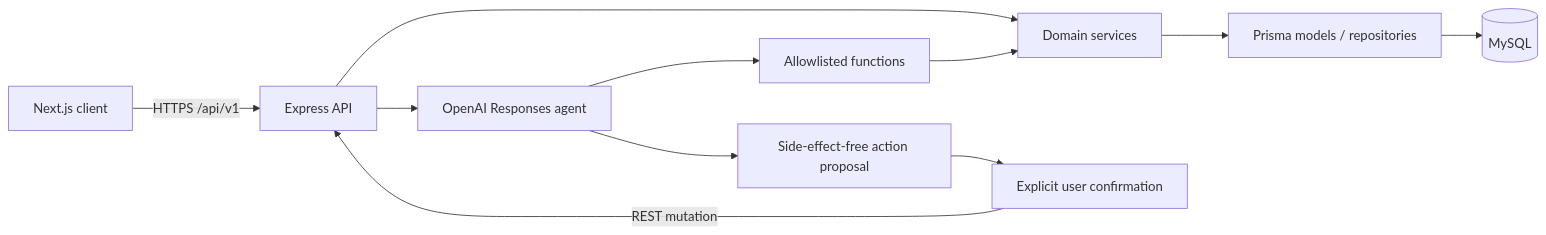
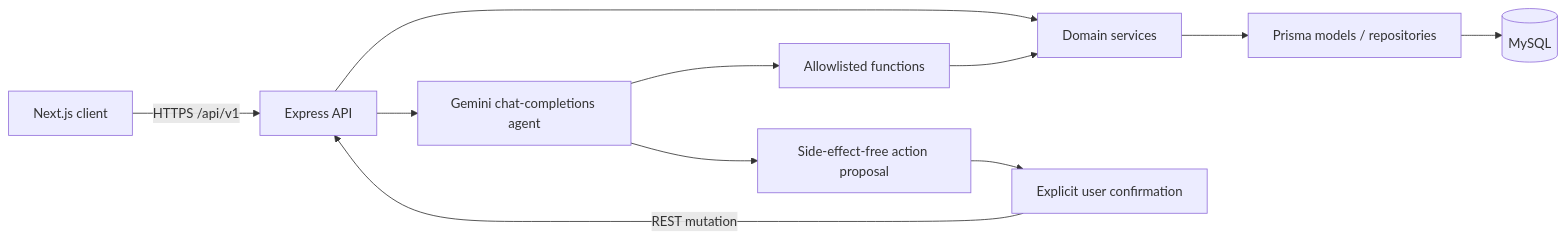
One commit to Turjo101365/CampusOS changed the diagram in docs/architecture.md. Above: the diagram before and after it, drawn with Mermaid. The commit also changed other lines of this file and 6 other files, not shown here.

First line of the commit message:
Migrate AI assistant from OpenAI to Gemini and log real agent errors

````diff
--- a/docs/architecture.md
+++ b/docs/architecture.md
@@ -9,13 +9,13 @@
 ```mermaid
 flowchart LR
   Browser[Next.js client] -->|HTTPS /api/v1| API[Express API]
   API --> Modules[Domain services]
-  Agent[OpenAI Responses agent] --> Tools[Allowlisted functions]
+  Agent[Gemini chat-completions agent] --> Tools[Allowlisted functions]
   Tools --> Modules
   Agent --> Proposal[Side-effect-free action proposal]
   Proposal --> Confirm[Explicit user confirmation]
   Confirm -->|REST mutation| API
   Modules --> Models[Prisma models / repositories]
   Models --> DB[(MySQL)]
   API --> Agent
 ```
````
